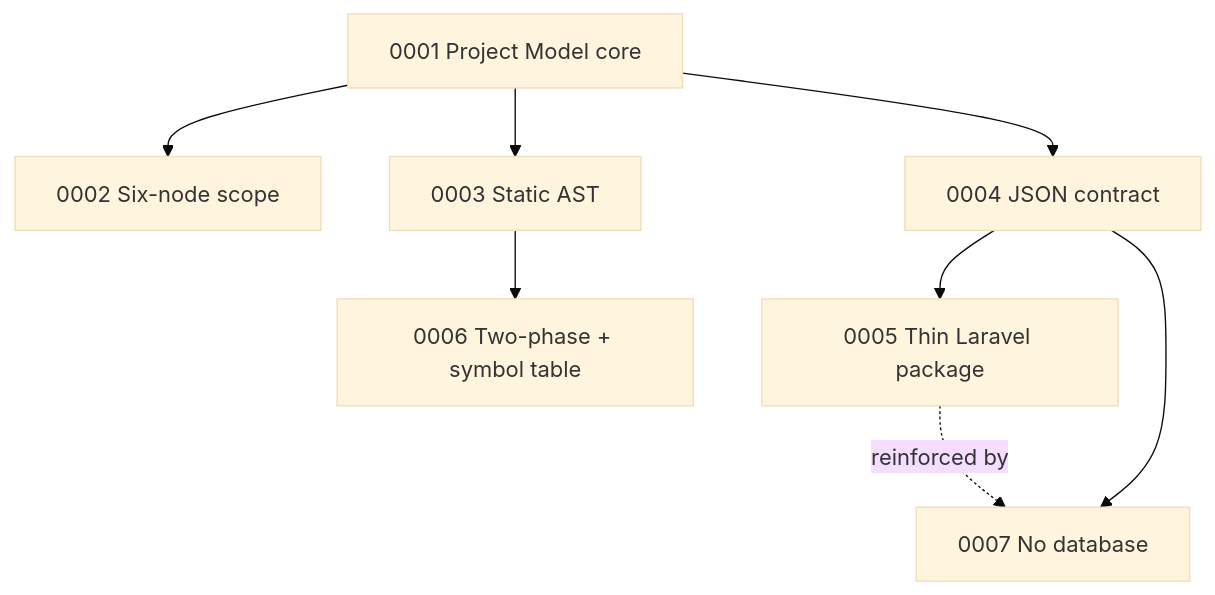
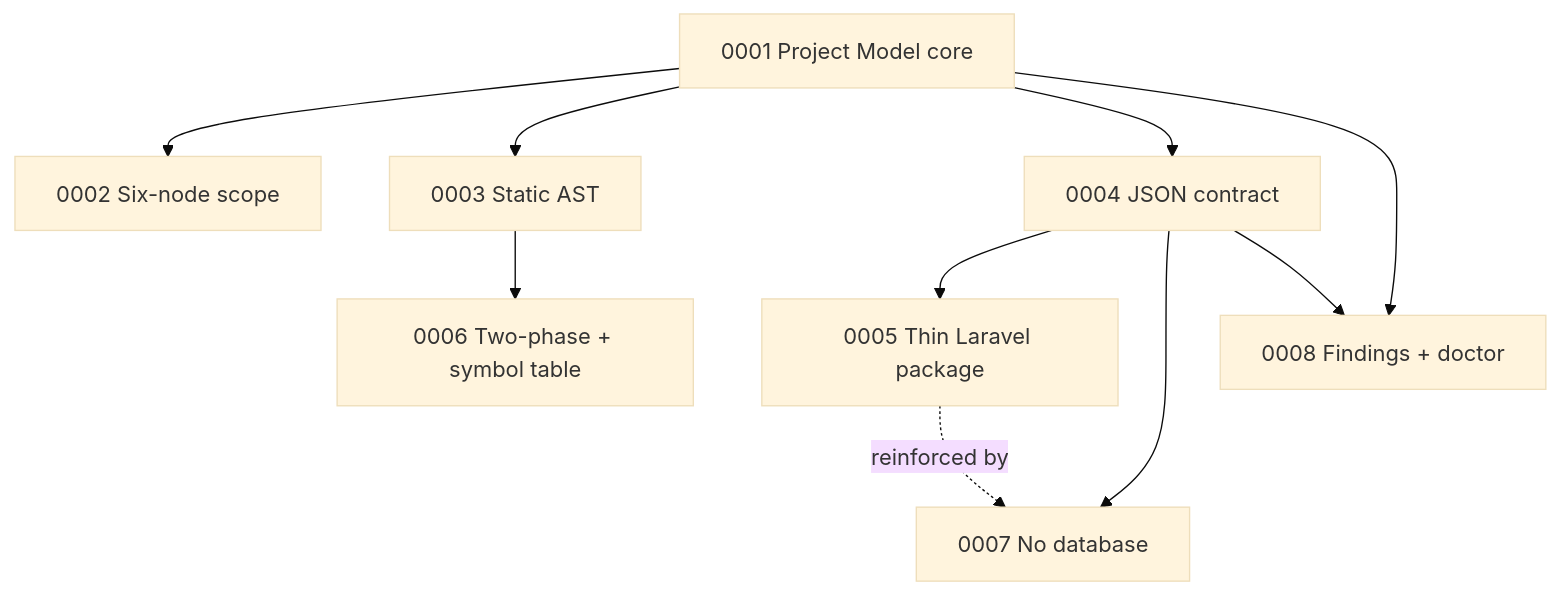
The diagram in vault/01 - Architecture/ADRs/ADR Index.md (Mawsis/Un-La-ravel), drawn with Mermaid (base theme) before and after one commit. The commit also changed other lines of this file and 17 other files, not shown here.

First line of the commit message:
feat: server-computed findings + doctor command (contract 1.6.0)

````diff
--- a/vault/01 - Architecture/ADRs/ADR Index.md
+++ b/vault/01 - Architecture/ADRs/ADR Index.md
@@ -22,10 +23,12 @@
 ```mermaid
 flowchart TD
     a1["0001 Project Model core"] --> a2["0002 Six-node scope"]
     a1 --> a3["0003 Static AST"]
     a1 --> a4["0004 JSON contract"]
     a4 --> a5["0005 Thin Laravel package"]
     a3 --> a6["0006 Two-phase + symbol table"]
     a4 --> a7["0007 No database"]
     a5 -.reinforced by.-> a7
+    a1 --> a8["0008 Findings + doctor"]
+    a4 --> a8
 ```
````
